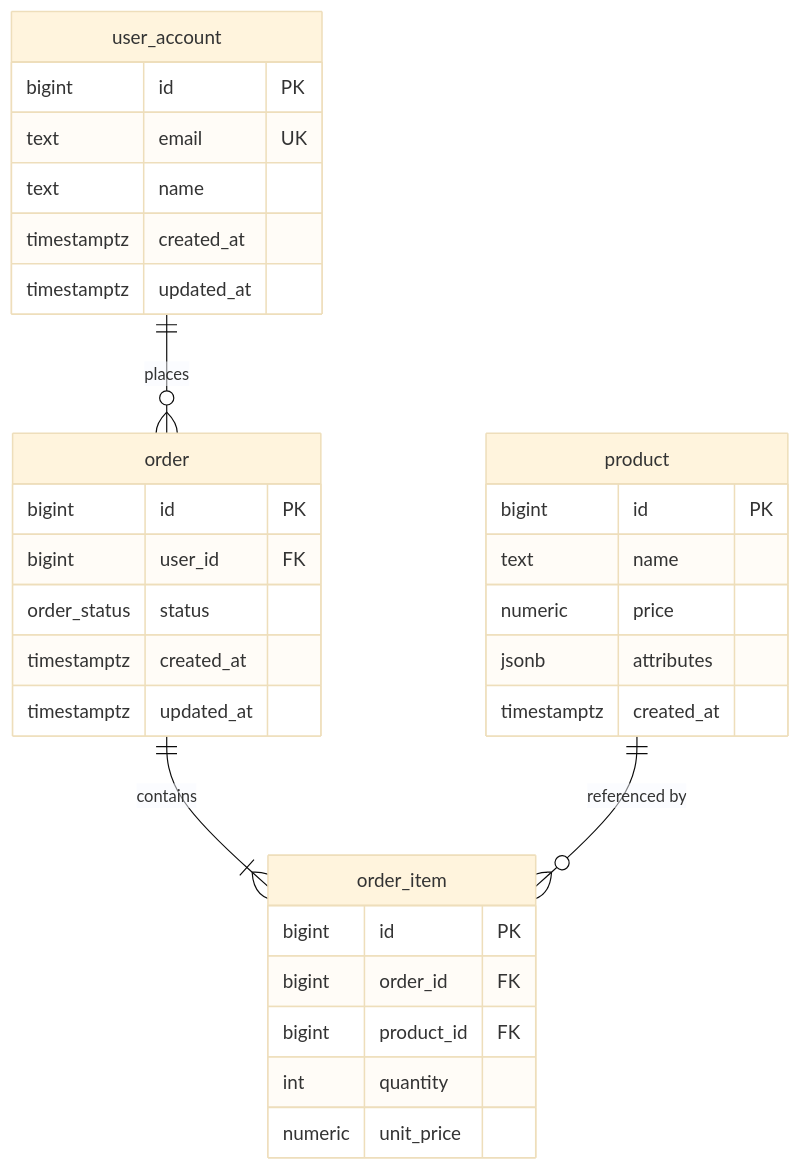
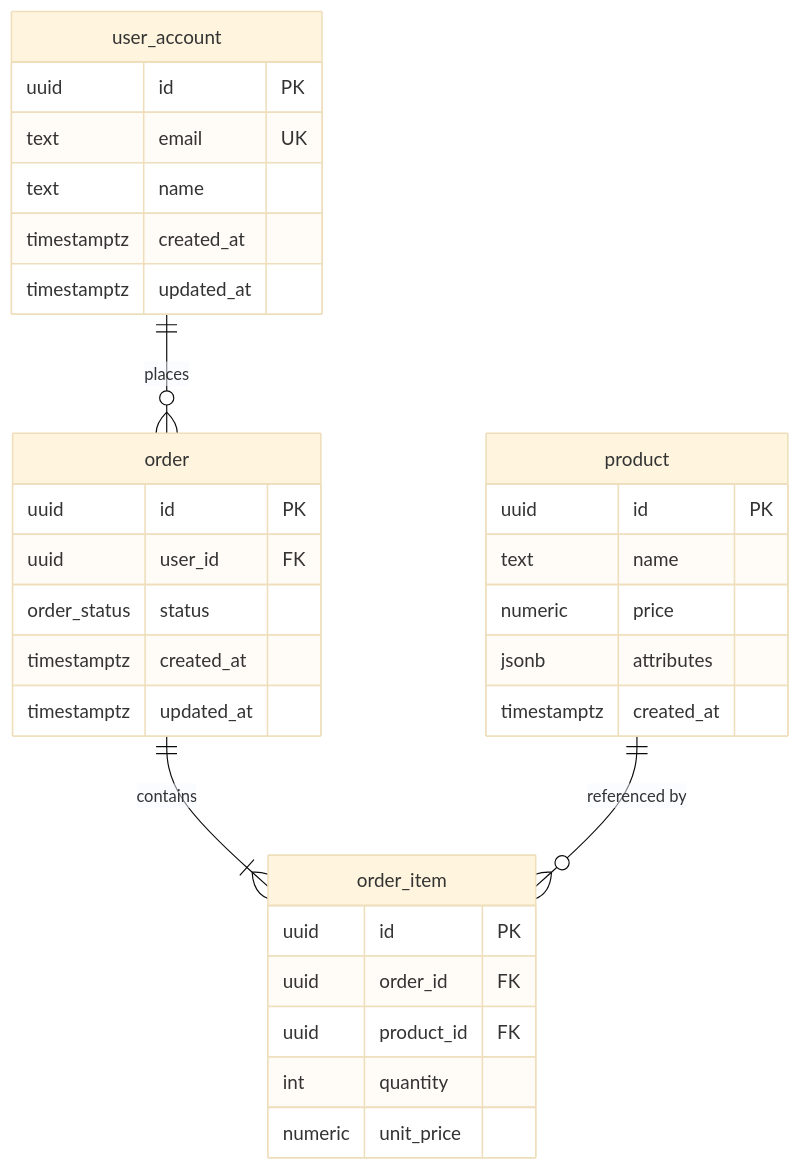
The diagram in skills/database-design/references/mermaid-erd.md (zzoohub/claude-code), drawn with Mermaid (base theme) before and after one commit. The commit also changed other lines of this file and 6 other files, not shown here.

````diff
--- a/skills/database-design/references/mermaid-erd.md
+++ b/skills/database-design/references/mermaid-erd.md
@@ -7,38 +7,38 @@
 ```mermaid
 erDiagram
     user_account {
-        bigint id PK
+        uuid id PK
         text email UK
         text name
         timestamptz created_at
         timestamptz updated_at
     }
 
     "order" {
-        bigint id PK
-        bigint user_id FK
+        uuid id PK
+        uuid user_id FK
         order_status status
         timestamptz created_at
         timestamptz updated_at
     }
 
     order_item {
-        bigint id PK
-        bigint order_id FK
-        bigint product_id FK
+        uuid id PK
+        uuid order_id FK
+        uuid product_id FK
         int quantity
         numeric unit_price
     }
 
     product {
-        bigint id PK
+        uuid id PK
         text name
         numeric price
         jsonb attributes
         timestamptz created_at
     }
 
     user_account ||--o{ "order" : "places"
     "order" ||--|{ order_item : "contains"
     product ||--o{ order_item : "referenced by"
 ```
````
